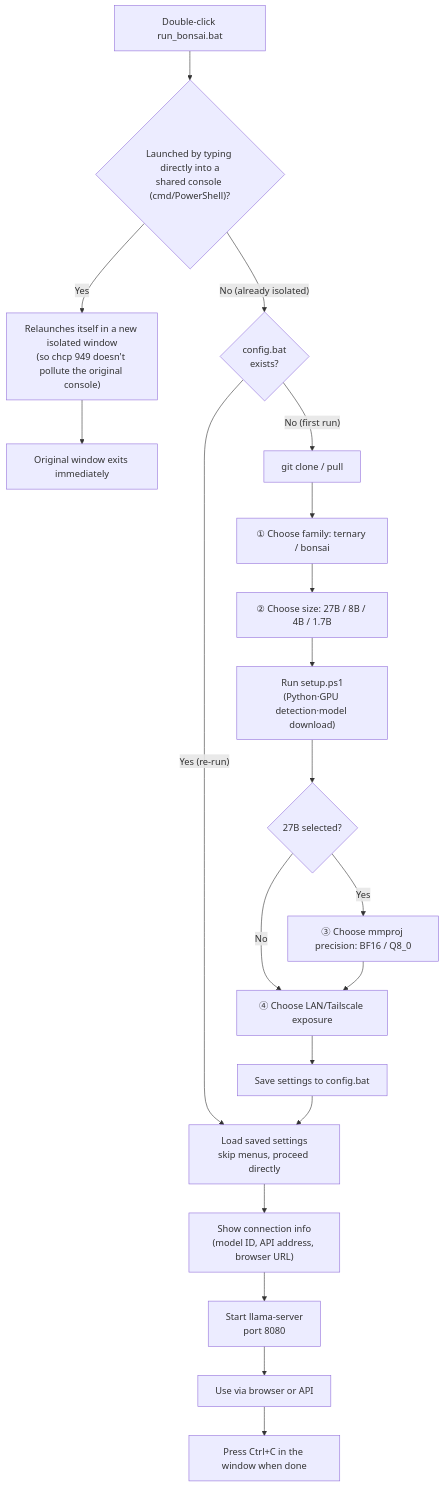
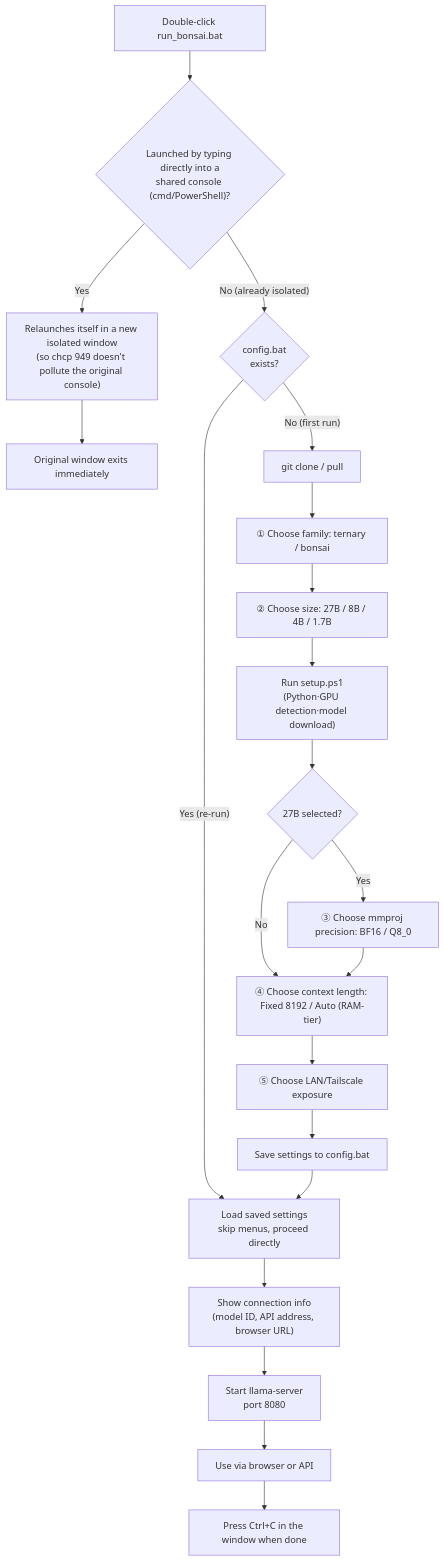
One commit to Basearchio/Easy-bonsai changed the first of 2 diagrams in README.md. Above: the diagram before and after it, drawn with Mermaid. The commit also changed other lines of this file and 6 other files, not shown here.

First line of the commit message:
Add context-length menu and align with upstream BONSAI_CTX (#120)

````diff
--- a/README.md
+++ b/README.md
@@ -50,24 +50,25 @@
 ```mermaid
 flowchart TD
     A["Double-click run_bonsai.bat"] --> B{"Launched by typing directly into a<br/>shared console (cmd/PowerShell)?"}
     B -- "Yes" --> C["Relaunches itself in a new isolated window<br/>(so chcp 949 doesn't pollute the original console)"]
     C --> C2["Original window exits immediately"]
     B -- "No (already isolated)" --> D{"config.bat<br/>exists?"}
 
     D -- "Yes (re-run)" --> E["Load saved settings<br/>skip menus, proceed directly"]
     D -- "No (first run)" --> F["git clone / pull"]
     F --> G["① Choose family: ternary / bonsai"]
     G --> H["② Choose size: 27B / 8B / 4B / 1.7B"]
     H --> I["Run setup.ps1<br/>(Python·GPU detection·model download)"]
     I --> I2{"27B selected?"}
     I2 -- "Yes" --> I3["③ Choose mmproj precision: BF16 / Q8_0"]
-    I2 -- "No" --> J
-    I3 --> J["④ Choose LAN/Tailscale exposure"]
+    I2 -- "No" --> P
+    I3 --> P["④ Choose context length: Fixed 8192 / Auto (RAM-tier)"]
+    P --> J["⑤ Choose LAN/Tailscale exposure"]
     J --> K["Save settings to config.bat"]
     K --> E
 
     E --> L["Show connection info<br/>(model ID, API address, browser URL)"]
     L --> M["Start llama-server<br/>port 8080"]
     M --> N["Use via browser or API"]
     N --> O["Press Ctrl+C in the window when done"]
 ```
````
